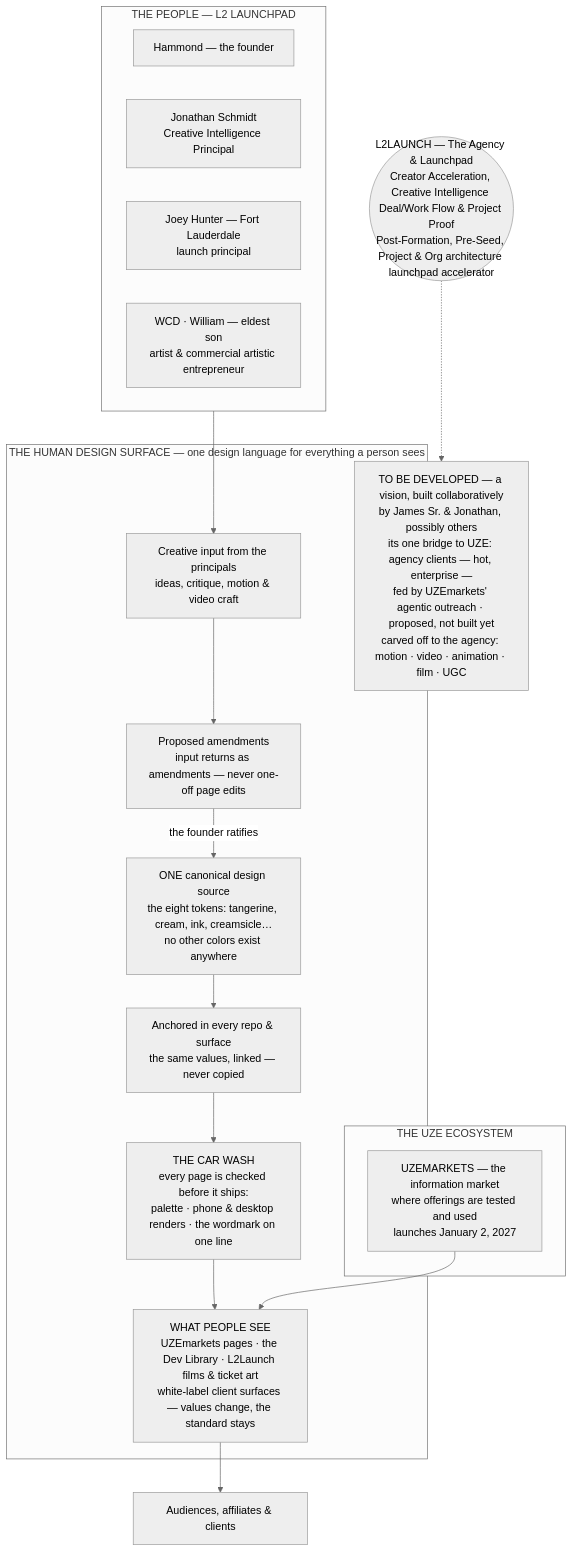
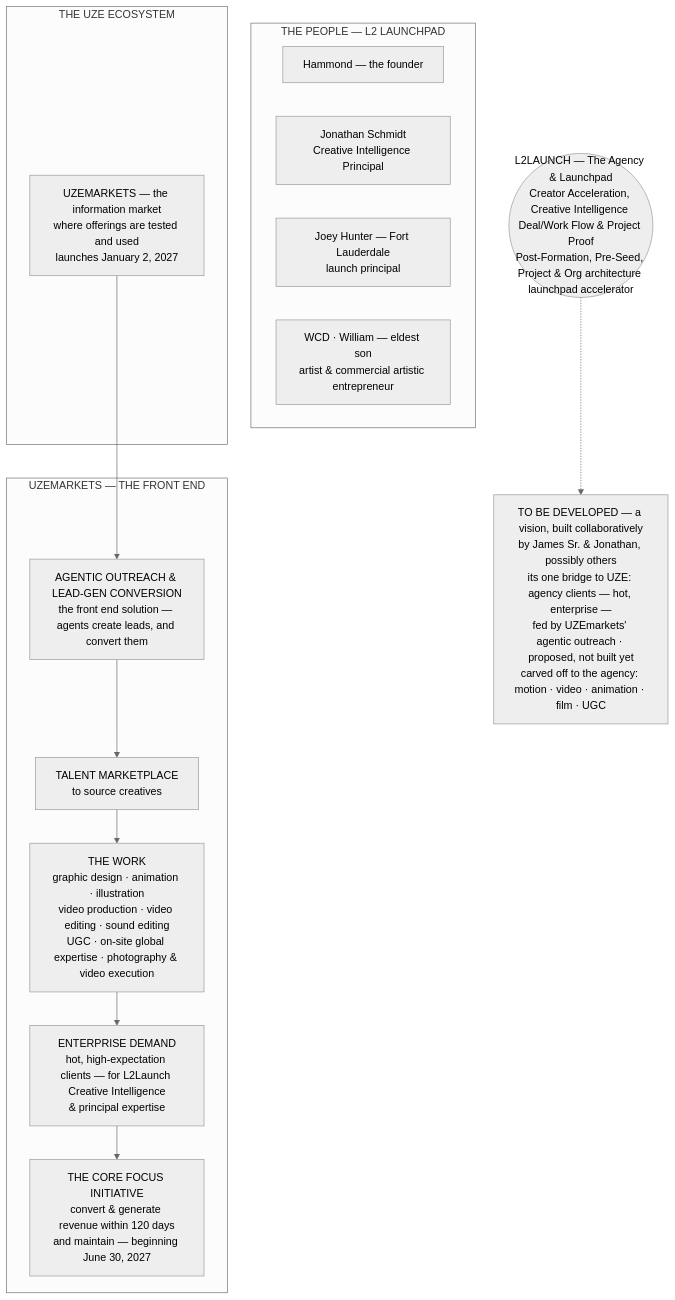
One commit to DEVBUILDSTACK/UZE changed the first of 3 diagrams in docs/design-surfaces/diagrams-jonathan.md. Above: the diagram before and after it, drawn with Mermaid (neutral theme). The commit also changed other lines of this file and 9 other files, not shown here.

````diff
--- a/docs/design-surfaces/diagrams-jonathan.md
+++ b/docs/design-surfaces/diagrams-jonathan.md
@@ -23,37 +23,31 @@
 ```mermaid
 flowchart TD
     subgraph PEOPLE["THE PEOPLE — L2 LAUNCHPAD"]
         H["Hammond — the founder"]
         JS["Jonathan Schmidt<br/>Creative Intelligence Principal"]
         JH["Joey Hunter — Fort Lauderdale<br/>launch principal"]
         W["WCD · William — eldest son<br/>artist & commercial artistic entrepreneur"]
     end
 
     subgraph ECO["THE UZE ECOSYSTEM"]
         UZE["UZEMARKETS — the information market<br/>where offerings are tested and used<br/>launches January 2, 2027"]
     end
 
     L2L(("L2LAUNCH — The Agency & Launchpad<br/>Creator Acceleration, Creative Intelligence Deal/Work Flow &amp; Project Proof<br/>Post-Formation, Pre-Seed, Project &amp; Org architecture launchpad accelerator"))
     VIS1["TO BE DEVELOPED — a vision, built collaboratively<br/>by James Sr. &amp; Jonathan, possibly others<br/>its one bridge to UZE: agency clients — hot, enterprise —<br/>fed by UZEmarkets' agentic outreach · proposed, not built yet<br/>carved off to the agency: motion · video · animation · film · UGC"]
     L2L -.-> VIS1
 
-    subgraph HUMAN["THE HUMAN DESIGN SURFACE — one design language for everything a person sees"]
-        INPUT["Creative input from the principals<br/>ideas, critique, motion & video craft"]
-        AMEND["Proposed amendments<br/>input returns as amendments — never one-off page edits"]
-        TOKENS["ONE canonical design source<br/>the eight tokens: tangerine, cream, ink, creamsicle…<br/>no other colors exist anywhere"]
-        ANCHOR["Anchored in every repo & surface<br/>the same values, linked — never copied"]
-        WASH["THE CAR WASH<br/>every page is checked before it ships:<br/>palette · phone & desktop renders · the wordmark on one line"]
-        SEEN["WHAT PEOPLE SEE<br/>UZEmarkets pages · the Dev Library · L2Launch films & ticket art<br/>white-label client surfaces — values change, the standard stays"]
+    subgraph FRONT["UZEMARKETS — THE FRONT END"]
+        F1["AGENTIC OUTREACH &amp; LEAD-GEN CONVERSION<br/>the front end solution — agents create leads, and convert them"]
+        F2["TALENT MARKETPLACE<br/>to source creatives"]
+        F3["THE WORK<br/>graphic design · animation · illustration<br/>video production · video editing · sound editing<br/>UGC · on-site global expertise · photography &amp; video execution"]
+        F4["ENTERPRISE DEMAND<br/>hot, high-expectation clients — for L2Launch Creative Intelligence<br/>&amp; principal expertise"]
+        F5["THE CORE FOCUS INITIATIVE<br/>convert &amp; generate revenue within 120 days<br/>and maintain — beginning June 30, 2027"]
     end
 
-    AUD["Audiences, affiliates & clients"]
-
-    PEOPLE --> INPUT
-    INPUT --> AMEND
-    AMEND -->|"the founder ratifies"| TOKENS
-    TOKENS --> ANCHOR
-    ANCHOR --> WASH
-    WASH --> SEEN
-    SEEN --> AUD
-    UZE --> SEEN
+    UZE --> F1
+    F1 --> F2
+    F2 --> F3
+    F3 --> F4
+    F4 --> F5
 ```
````
